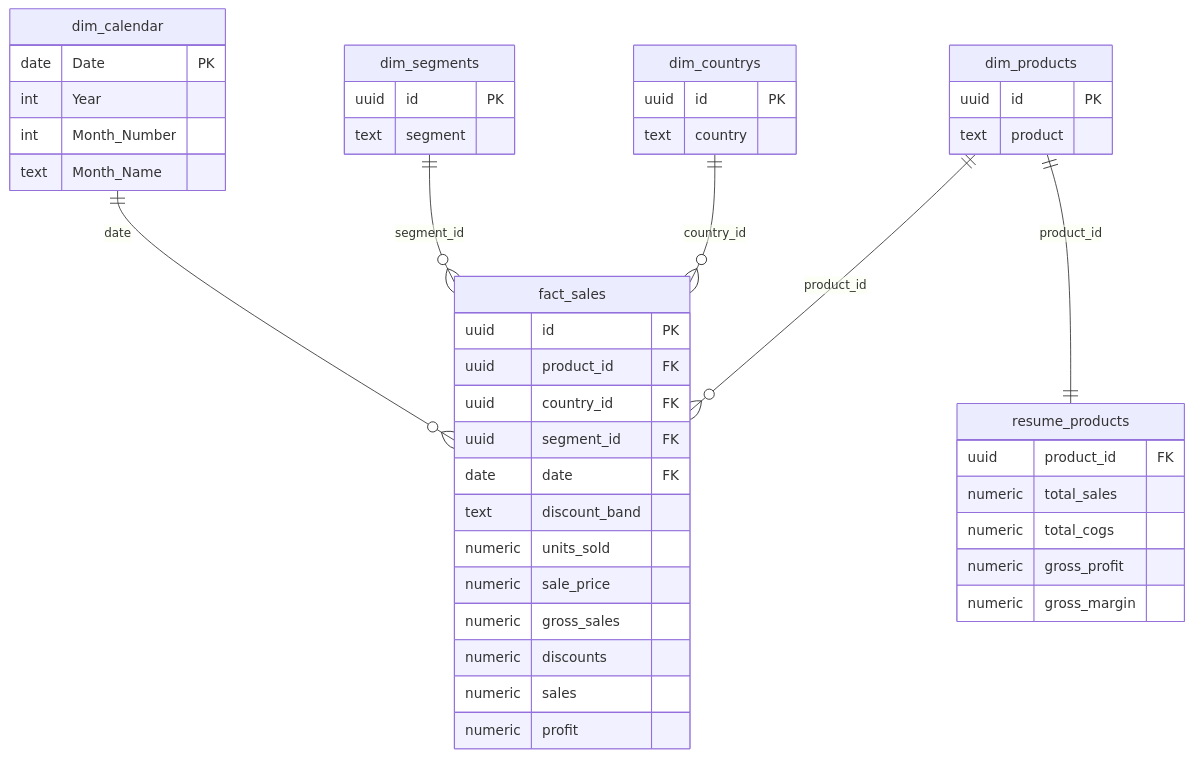
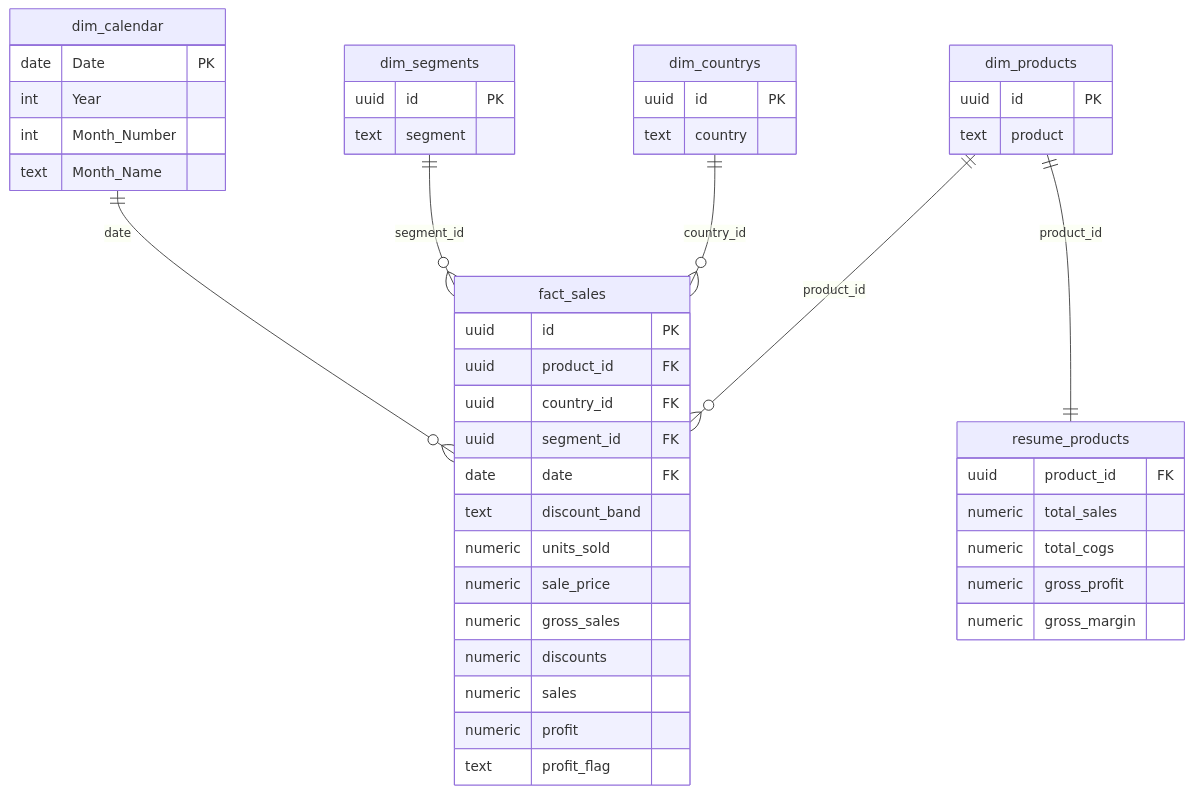
One commit to mAcosOS-banana/financial-sample-medallion-pipeline changed the second of 2 diagrams in README.md. Above: the diagram before and after it, drawn with Mermaid. The commit also changed other lines of this file and 2 other files, not shown here.

````diff
--- a/README.md
+++ b/README.md
@@ -305,48 +320,49 @@
 ```mermaid
 erDiagram
     dim_products  ||--o{ fact_sales : "product_id"
     dim_countrys  ||--o{ fact_sales : "country_id"
     dim_segments  ||--o{ fact_sales : "segment_id"
     dim_calendar  ||--o{ fact_sales : "date"
     dim_products  ||--|| resume_products : "product_id"
 
     fact_sales {
         uuid id PK
         uuid product_id FK
         uuid country_id FK
         uuid segment_id FK
         date date FK
         text discount_band
         numeric units_sold
         numeric sale_price
         numeric gross_sales
         numeric discounts
         numeric sales
         numeric profit
+        text profit_flag
     }
     dim_products {
         uuid id PK
         text product
     }
     dim_countrys {
         uuid id PK
         text country
     }
     dim_segments {
         uuid id PK
         text segment
     }
     dim_calendar {
         date Date PK
         int Year
         int Month_Number
         text Month_Name
     }
     resume_products {
         uuid product_id FK
         numeric total_sales
         numeric total_cogs
         numeric gross_profit
         numeric gross_margin
     }
 ```
````
